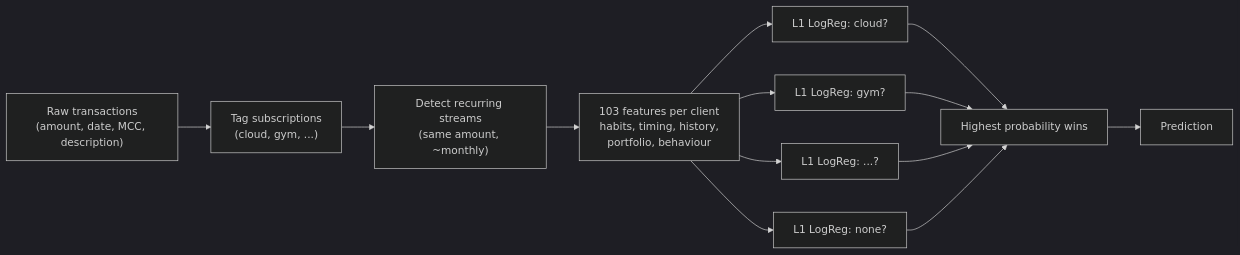
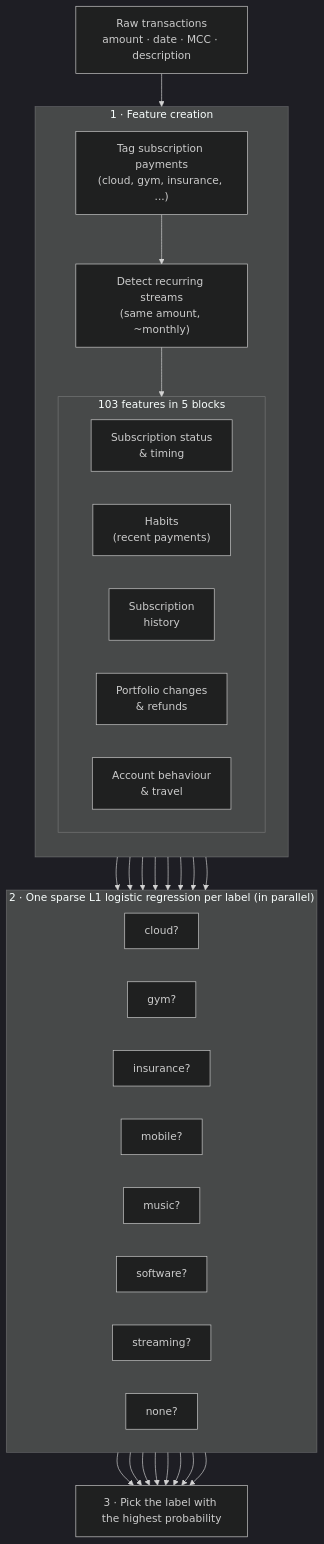
Before and after one commit to timmy-o-toole/ubs-2026-reoccuring-merchant-forecast: the diagram in README.md, drawn with Mermaid (dark theme). The commit also changed other lines of this file, not shown here.

Commit message:
README: structured method section with parallel per-label diagram

````diff
--- a/README.md
+++ b/README.md
@@ -12,15 +13,37 @@
 ```mermaid
-flowchart LR
-    A["Raw transactions<br/>(amount, date, MCC, description)"] --> B["Tag subscriptions<br/>(cloud, gym, ...)"]
-    B --> C["Detect recurring streams<br/>(same amount, ~monthly)"]
-    C --> D["103 features per client<br/>habits, timing, history,<br/>portfolio, behaviour"]
-    D --> E1["L1 LogReg: cloud?"]
-    D --> E2["L1 LogReg: gym?"]
-    D --> E3["L1 LogReg: ...?"]
-    D --> E4["L1 LogReg: none?"]
-    E1 --> F["Highest probability wins"]
-    E2 --> F
-    E3 --> F
-    E4 --> F
-    F --> G["Prediction"]
+flowchart TB
+    RAW["Raw transactions<br/>amount · date · MCC · description"]
+
+    subgraph S1["1 · Feature creation"]
+        direction TB
+        TAG["Tag subscription payments<br/>(cloud, gym, insurance, ...)"]
+        STR["Detect recurring streams<br/>(same amount, ~monthly)"]
+        subgraph FB["103 features in 5 blocks"]
+            direction LR
+            F1["Subscription status<br/>& timing"]
+            F2["Habits<br/>(recent payments)"]
+            F3["Subscription<br/>history"]
+            F4["Portfolio changes<br/>& refunds"]
+            F5["Account behaviour<br/>& travel"]
+        end
+        TAG --> STR --> FB
+    end
+
+    subgraph S2["2 · One sparse L1 logistic regression per label (in parallel)"]
+        direction LR
+        M1["cloud?"]
+        M2["gym?"]
+        M3["insurance?"]
+        M4["mobile?"]
+        M5["music?"]
+        M6["software?"]
+        M7["streaming?"]
+        M8["none?"]
+    end
+
+    DEC["3 · Pick the label with the highest probability"]
+
+    RAW --> TAG
+    FB --> M1 & M2 & M3 & M4 & M5 & M6 & M7 & M8
+    M1 & M2 & M3 & M4 & M5 & M6 & M7 & M8 --> DEC
 ```
````
